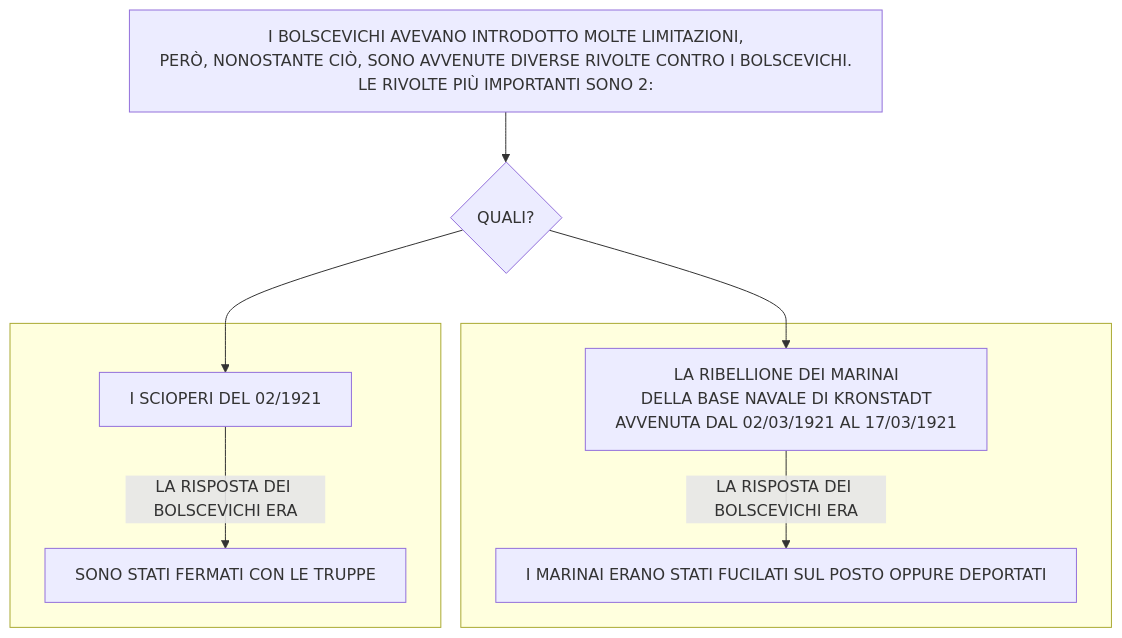
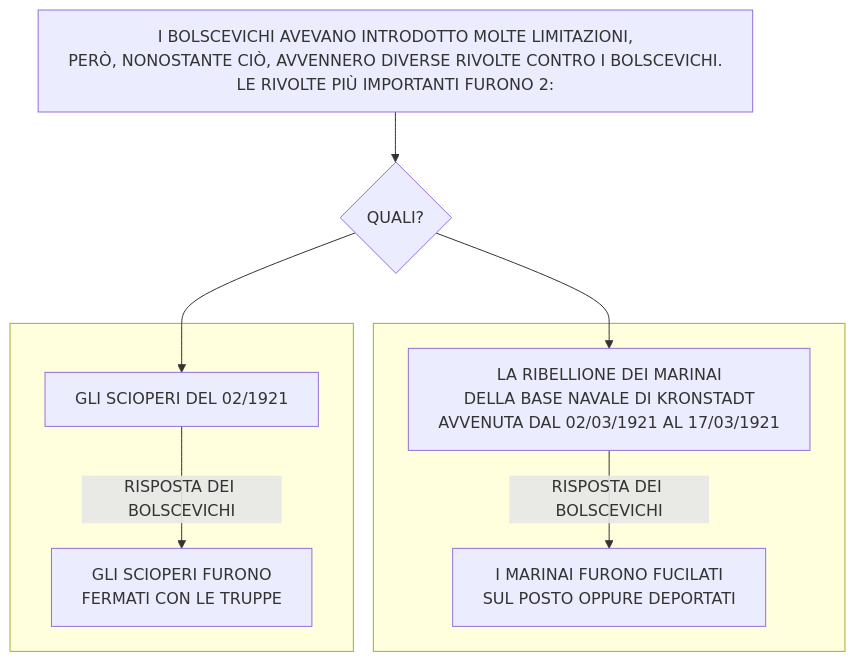
Diagram 15 of 22 in stalinismoRiscrittura.md (Laaouatni/ricerca-storia-MermaidJS), drawn with Mermaid before and after one commit.

````diff
--- a/stalinismoRiscrittura.md
+++ b/stalinismoRiscrittura.md
@@ -305,17 +305,17 @@
 ```mermaid
 %%{init: { "flowchart": { "wrappingWidth": 800 } }}%%
 flowchart TB
-  0[I BOLSCEVICHI AVEVANO INTRODOTTO MOLTE LIMITAZIONI, <BR> PERÒ, NONOSTANTE CIÒ, SONO AVVENUTE DIVERSE RIVOLTE CONTRO I BOLSCEVICHI. <BR>LE RIVOLTE PIÙ IMPORTANTI SONO 2:]
+  0[I BOLSCEVICHI AVEVANO INTRODOTTO MOLTE LIMITAZIONI, <BR> PERÒ, NONOSTANTE CIÒ, AVVENNERO DIVERSE RIVOLTE CONTRO I BOLSCEVICHI. <BR>LE RIVOLTE PIÙ IMPORTANTI FURONO 2:]
   3{QUALI?}
   subgraph 10[" "]
-    1[I SCIOPERI DEL 02/1921]
-    100[SONO STATI FERMATI CON LE TRUPPE]
-    1 -->|LA RISPOSTA DEI BOLSCEVICHI ERA| 100
+    1[GLI SCIOPERI DEL 02/1921]
+    100[GLI SCIOPERI FURONO <BR>FERMATI CON LE TRUPPE]
+    1 -->|RISPOSTA DEI BOLSCEVICHI| 100
   end
   subgraph 20[" "]
     2[LA RIBELLIONE DEI MARINAI <br> DELLA BASE NAVALE DI KRONSTADT <br>AVVENUTA DAL 02/03/1921 AL 17/03/1921]
-    200[I MARINAI ERANO STATI FUCILATI SUL POSTO OPPURE DEPORTATI]
-    2 -->|LA RISPOSTA DEI BOLSCEVICHI ERA| 200
+    200[I MARINAI FURONO FUCILATI <BR>SUL POSTO OPPURE DEPORTATI]
+    2 -->|RISPOSTA DEI BOLSCEVICHI| 200
   end
   0 --> 3 --> 1 & 2
 ```
````
